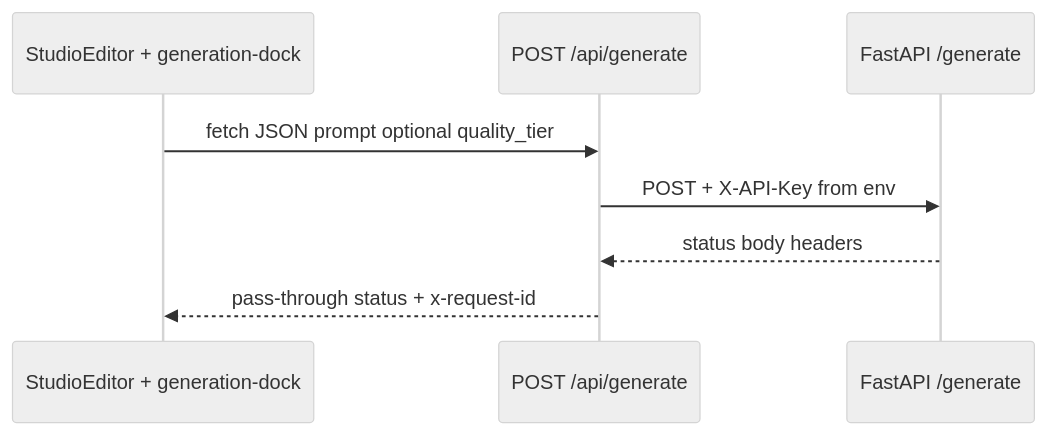
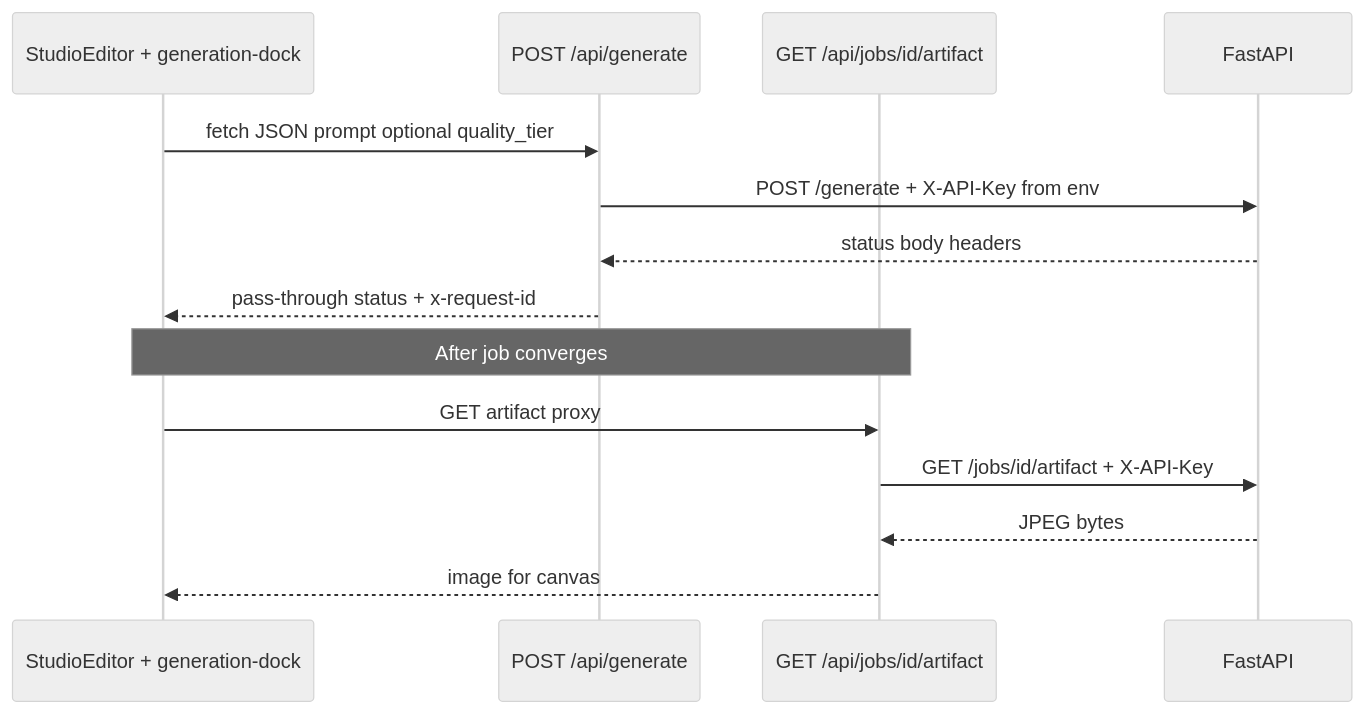
One commit to kirank93611/vid-gen-sdxl-pipe changed the eighth of 10 diagrams in LLD.md. Above: the diagram before and after it, drawn with Mermaid (neutral theme). The commit also changed other lines of this file and 62 other files, not shown here.

````diff
--- a/LLD.md
+++ b/LLD.md
@@ -332,11 +355,17 @@
 ```mermaid
 sequenceDiagram
     participant UI as StudioEditor + generation-dock
     participant RH as POST /api/generate
-    participant API as FastAPI /generate
+    participant RJ as GET /api/jobs/id/artifact
+    participant API as FastAPI
 
     UI->>RH: fetch JSON prompt optional quality_tier
-    RH->>API: POST + X-API-Key from env
+    RH->>API: POST /generate + X-API-Key from env
     API-->>RH: status body headers
     RH-->>UI: pass-through status + x-request-id
+    Note over UI,RJ: After job converges
+    UI->>RJ: GET artifact proxy
+    RJ->>API: GET /jobs/id/artifact + X-API-Key
+    API-->>RJ: JPEG bytes
+    RJ-->>UI: image for canvas
 ```
````
